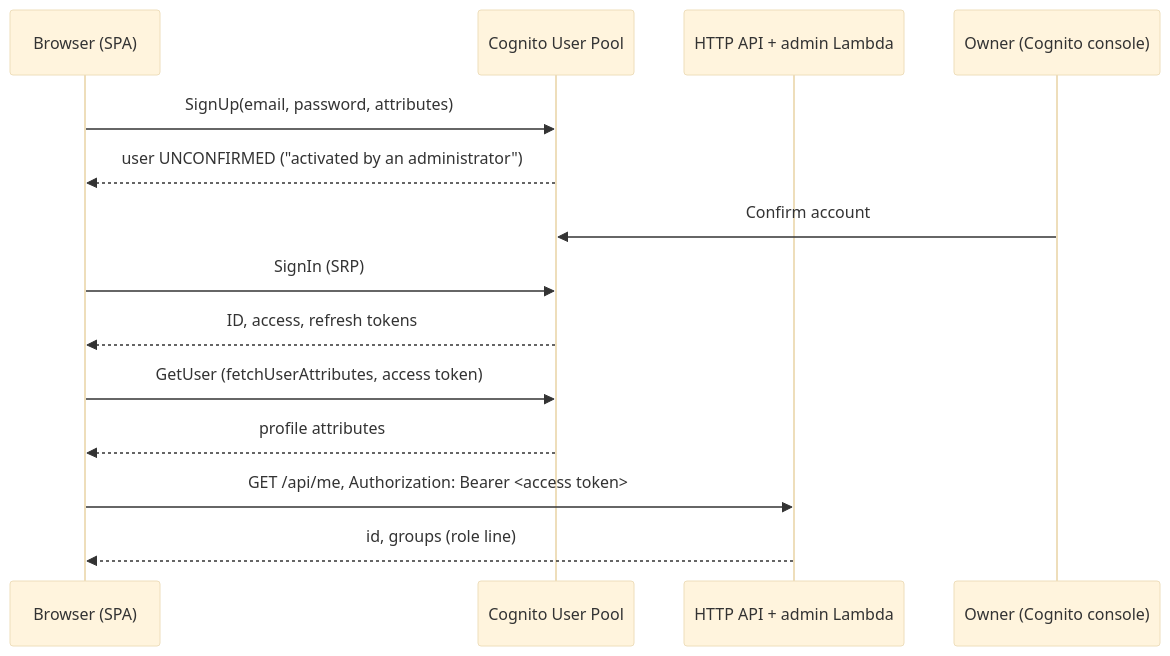
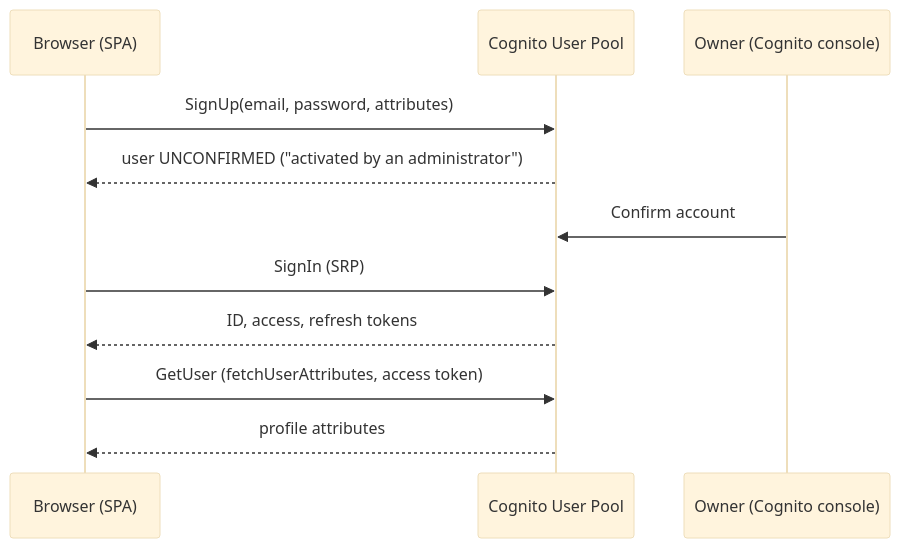
Before and after one commit to maxim-semenko/aws_challenge: the diagram in docs/design/authentication.md, drawn with Mermaid (base theme). The commit also changed other lines of this file and 24 other files, not shown here.

First line of the commit message:
docs: re-scope Week 2 to auth + HTTP API JWT; record API evidence

````diff
--- a/docs/design/authentication.md
+++ b/docs/design/authentication.md
@@ -22,16 +23,13 @@
 ```mermaid
 sequenceDiagram
     participant B as Browser (SPA)
     participant C as Cognito User Pool
-    participant A as HTTP API + admin Lambda
     participant O as Owner (Cognito console)
     B->>C: SignUp(email, password, attributes)
     C-->>B: user UNCONFIRMED ("activated by an administrator")
     O->>C: Confirm account
     B->>C: SignIn (SRP)
     C-->>B: ID, access, refresh tokens
     B->>C: GetUser (fetchUserAttributes, access token)
     C-->>B: profile attributes
-    B->>A: GET /api/me, Authorization: Bearer <access token>
-    A-->>B: id, groups (role line)
 ```
````
